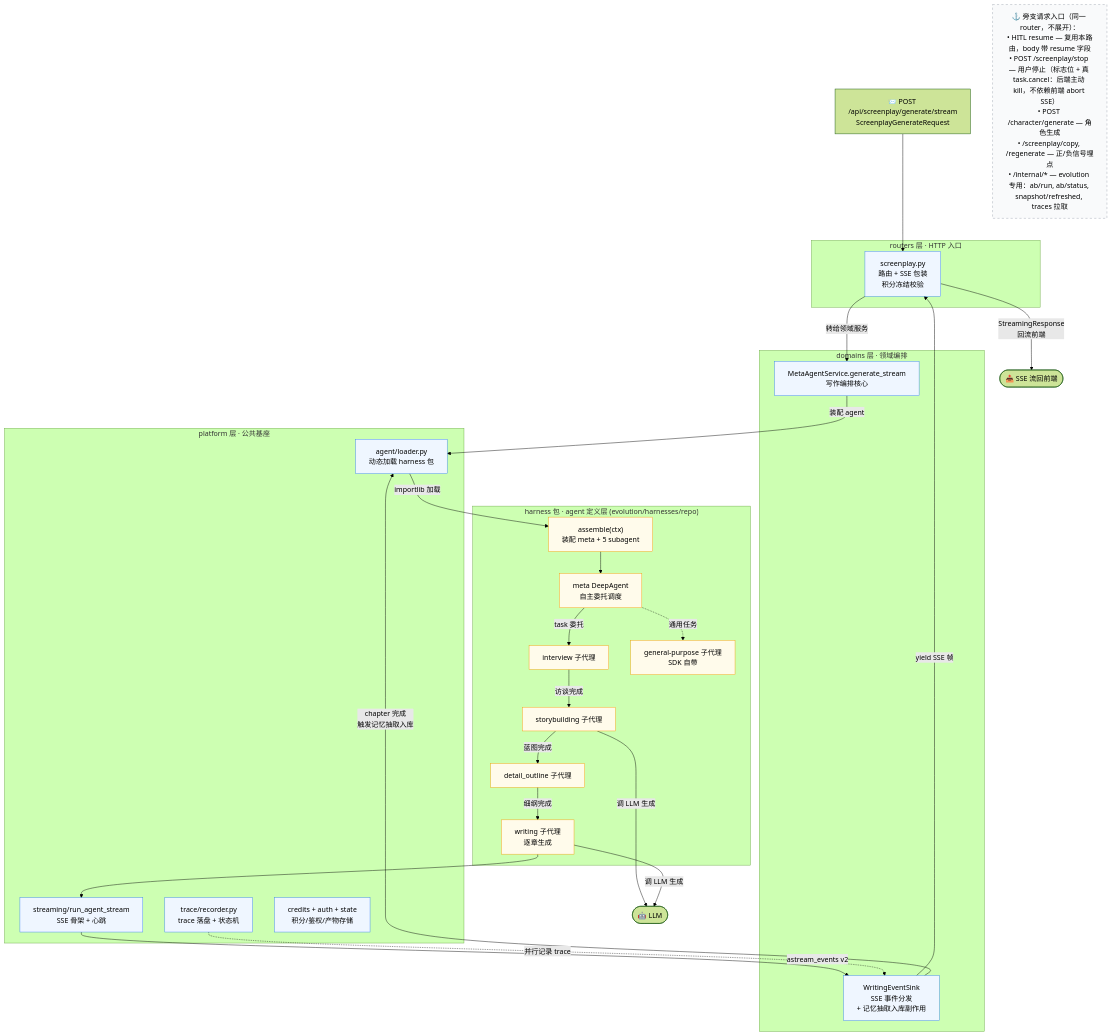
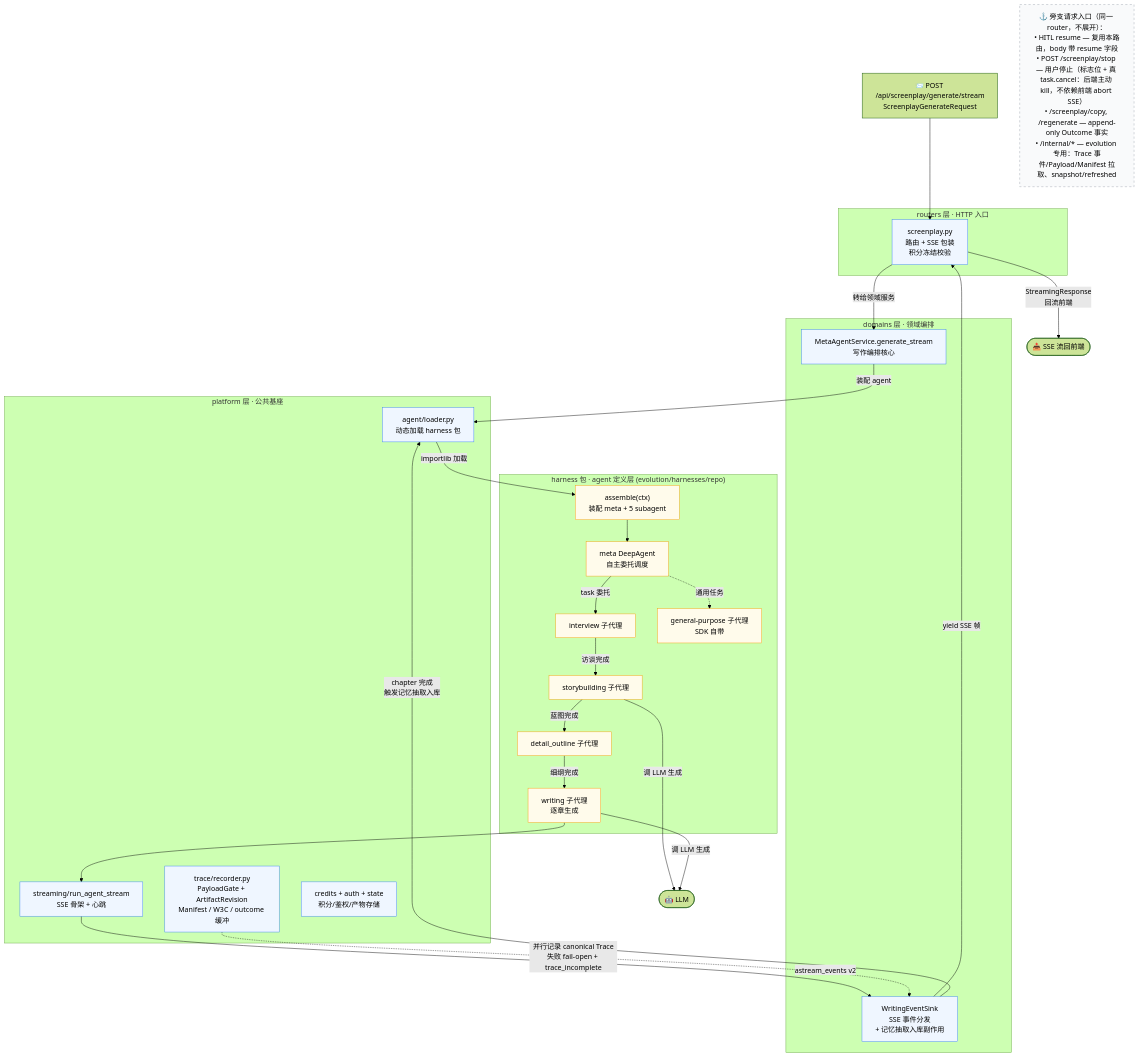
Before and after one commit to gaoshoupaper-code/EvoWriter: the second of 8 diagrams in docs/系统心智模型.md, drawn with Mermaid (forest theme). The commit also changed other lines of this file and 86 other files, not shown here.

Commit message:
feat(trace): implement canonical trace v2

````diff
--- a/docs/系统心智模型.md
+++ b/docs/系统心智模型.md
@@ -126,65 +127,65 @@
 ```mermaid
 flowchart TD
     Req["📨 POST /api/screenplay/generate/stream<br/>ScreenplayGenerateRequest"]
 
     subgraph L_Routers["routers 层 · HTTP 入口"]
         R1["screenplay.py<br/>路由 + SSE 包装<br/>积分冻结校验"]
     end
 
     subgraph L_Domains["domains 层 · 领域编排"]
         D1["MetaAgentService.generate_stream<br/>写作编排核心"]
         D2["WritingEventSink<br/>SSE 事件分发<br/>+ 记忆抽取入库副作用"]
     end
 
     subgraph L_Platform["platform 层 · 公共基座"]
         P1["agent/loader.py<br/>动态加载 harness 包"]
         P2["streaming/run_agent_stream<br/>SSE 骨架 + 心跳"]
-        P3["trace/recorder.py<br/>trace 落盘 + 状态机"]
+        P3["trace/recorder.py<br/>PayloadGate + ArtifactRevision<br/>Manifest / W3C / outcome 缓冲"]
         P4["credits + auth + state<br/>积分/鉴权/产物存储"]
     end
 
     subgraph L_Harness["harness 包 · agent 定义层 (evolution/harnesses/repo)"]
         H1["assemble(ctx)<br/>装配 meta + 5 subagent"]
         Meta["meta DeepAgent<br/>自主委托调度"]
         Sub1["interview 子代理"]
         Sub2["storybuilding 子代理"]
         Sub3["detail_outline 子代理"]
         Sub4["writing 子代理<br/>逐章生成"]
         Sub5["general-purpose 子代理<br/>SDK 自带"]
     end
 
     LLM(["🤖 LLM"])
 
     %% 主线
     Req --> R1
     R1 -->|"转给领域服务"| D1
     D1 -->|"装配 agent"| P1
     P1 -->|"importlib 加载"| H1
     H1 --> Meta
     Meta -->|"task 委托"| Sub1
     Sub1 -->|"访谈完成"| Sub2
     Sub2 -->|"蓝图完成"| Sub3
     Sub3 -->|"细纲完成"| Sub4
     Meta -.->|"通用任务"| Sub5
     Sub4 --> P2
     Sub2 & Sub4 -->|"调 LLM 生成"| LLM
 
     %% 回流
     P2 -->|"astream_events v2"| D2
     D2 -->|"yield SSE 帧"| R1
-    P3 -.->|"并行记录 trace"| D2
+    P3 -.->|"并行记录 canonical Trace<br/>失败 fail-open + trace_incomplete"| D2
     D2 -->|"chapter 完成<br/>触发记忆抽取入库"| P1
 
     R1 -->|"StreamingResponse<br/>回流前端"| Out(["📤 SSE 流回前端"])
 
     %% 旁支锚点
-    Anchor["⚓ 旁支请求入口（同一 router，不展开）：<br/>• HITL resume — 复用本路由，body 带 resume 字段<br/>• POST /screenplay/stop — 用户停止（标志位 + 真 task.cancel：后端主动 kill，不依赖前端 abort SSE）<br/>• POST /character/generate — 角色生成<br/>• /screenplay/copy, /regenerate — 正/负信号埋点<br/>• /internal/* — evolution 专用：ab/run, ab/status, snapshot/refreshed, traces 拉取"]
+    Anchor["⚓ 旁支请求入口（同一 router，不展开）：<br/>• HITL resume — 复用本路由，body 带 resume 字段<br/>• POST /screenplay/stop — 用户停止（标志位 + 真 task.cancel：后端主动 kill，不依赖前端 abort SSE）<br/>• /screenplay/copy, /regenerate — append-only Outcome 事实<br/>• /internal/* — evolution 专用：Trace 事件/Payload/Manifest 拉取、snapshot/refreshed"]
 
     classDef layer fill:#eff6ff,stroke:#3b82f6
     classDef harness fill:#fffbeb,stroke:#f59e0b
     classDef anchor fill:#f9fafb,stroke:#9ca3af,stroke-dasharray: 5 5
 
     class R1,D1,D2,P1,P2,P3,P4 layer
     class H1,Meta,Sub1,Sub2,Sub3,Sub4,Sub5 harness
     class Anchor anchor
 ```
````
